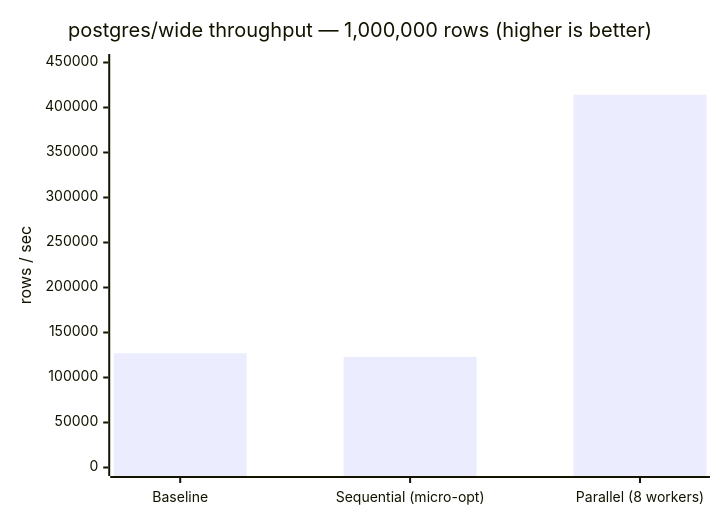
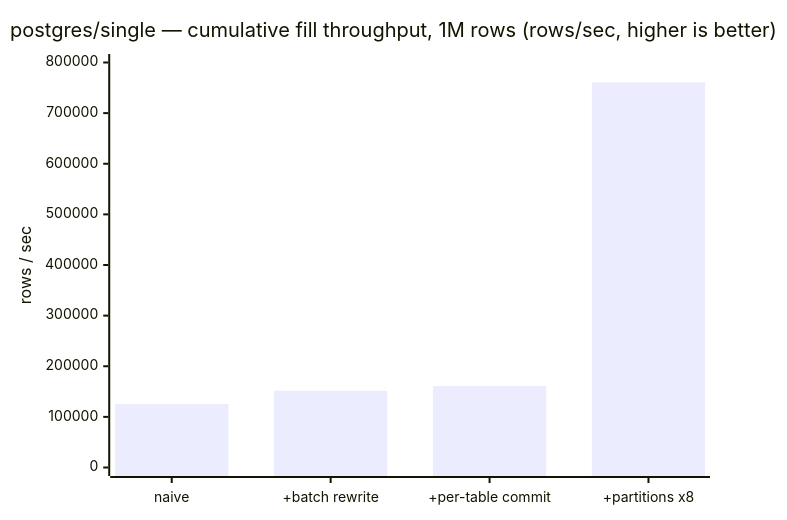
One commit to timveil/bloviate changed the first of 3 diagrams in BENCHMARKS.md. Above: the diagram before and after it, drawn with Mermaid. The commit also changed other lines of this file and 1 other file, not shown here.

First line of the commit message:
docs(bench): cumulative fill-throughput progression to a final 6.08× (#477)

````diff
--- a/BENCHMARKS.md
+++ b/BENCHMARKS.md
@@ -155,7 +165,7 @@
 ```mermaid
 xychart-beta
-    title "postgres/wide throughput — 1,000,000 rows (higher is better)"
-    x-axis ["Baseline", "Sequential (micro-opt)", "Parallel (8 workers)"]
-    y-axis "rows / sec" 0 --> 450000
-    bar [126984, 122923, 414126]
+    title "postgres/single — cumulative fill throughput, 1M rows (rows/sec, higher is better)"
+    x-axis ["naive", "+batch rewrite", "+per-table commit", "+partitions x8"]
+    y-axis "rows / sec" 0 --> 800000
+    bar [125228, 151641, 160867, 760959]
 ```
````
